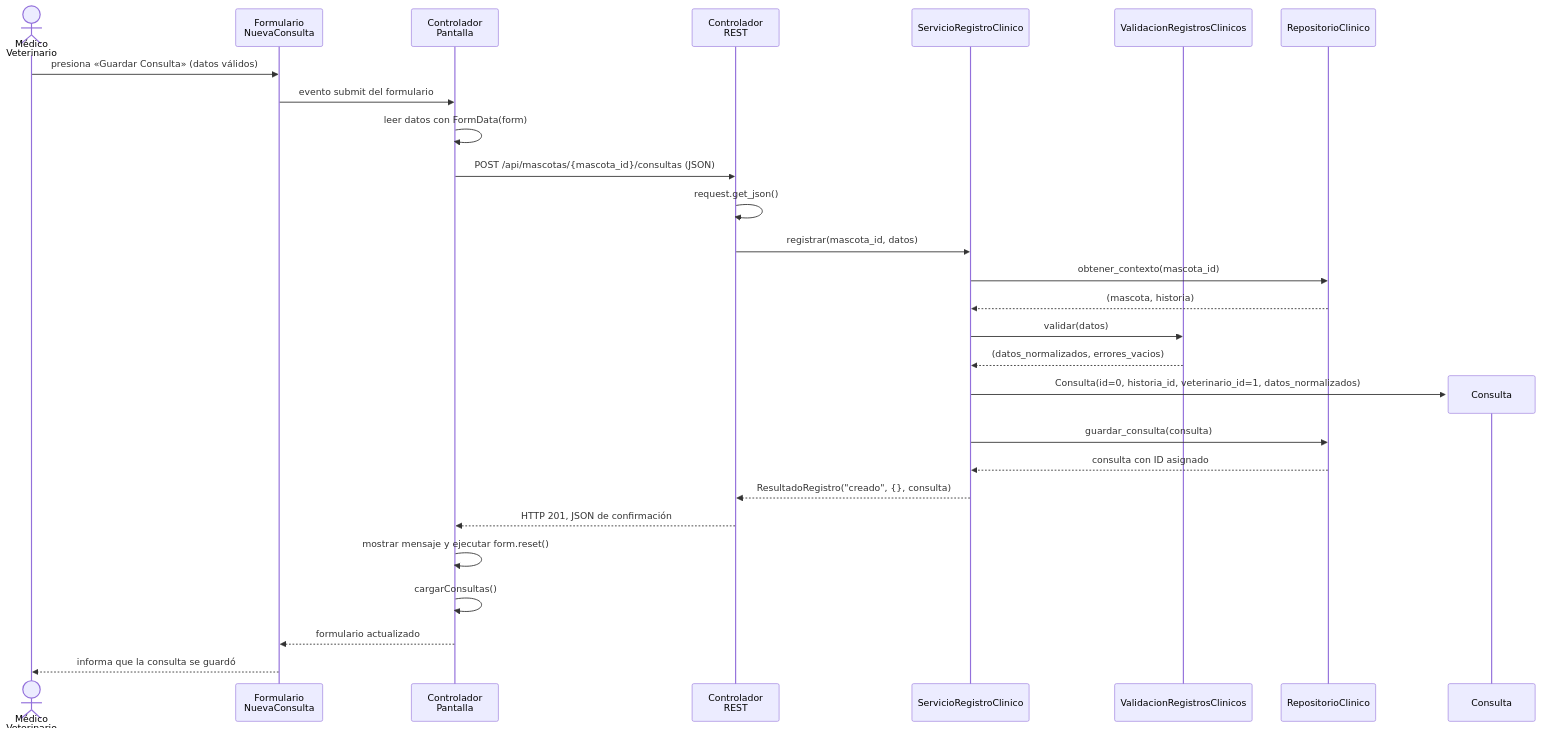
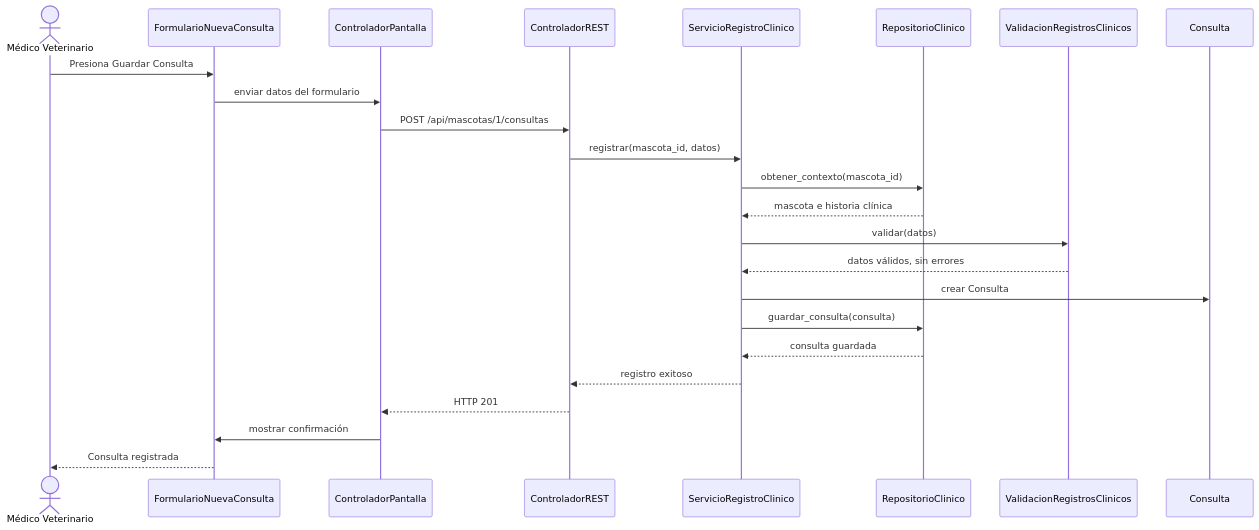
Before and after one commit to DinoMondino/sistema-gestion-veterinaria-2026: the second of 4 diagrams in docs/design/diseno-detallado.md, drawn with Mermaid. The commit also changed other lines of this file, not shown here.

Commit message:
docs (design): modifico diagramas de secuencia

````diff
--- a/docs/design/diseno-detallado.md
+++ b/docs/design/diseno-detallado.md
@@ -160,31 +160,32 @@
 ```mermaid
 sequenceDiagram
-    actor Vet as Médico<br/>Veterinario
-    participant UI as Formulario<br/>NuevaConsulta
-    participant CP as Controlador<br/>Pantalla
-    participant REST as Controlador<br/>REST
+    actor Vet as Médico Veterinario
+    participant UI as FormularioNuevaConsulta
+    participant CP as ControladorPantalla
+    participant REST as ControladorREST
     participant SRC as ServicioRegistroClinico
+    participant RC as RepositorioClinico
     participant VAL as ValidacionRegistrosClinicos
-    participant RC as RepositorioClinico
+    participant C as Consulta
 
-    Vet->>UI: presiona «Guardar Consulta» (datos válidos)
-    UI->>CP: evento submit del formulario
-    CP->>CP: leer datos con FormData(form)
-    CP->>REST: POST /api/mascotas/{mascota_id}/consultas (JSON)
-    REST->>REST: request.get_json()
+    Vet->>UI: Presiona Guardar Consulta
+    UI->>CP: enviar datos del formulario
+    CP->>REST: POST /api/mascotas/1/consultas
+
     REST->>SRC: registrar(mascota_id, datos)
     SRC->>RC: obtener_contexto(mascota_id)
-    RC-->>SRC: (mascota, historia)
+    RC-->>SRC: mascota e historia clínica
+
     SRC->>VAL: validar(datos)
-    VAL-->>SRC: (datos_normalizados, errores_vacios)
-    create participant C as Consulta
-    SRC->>C: Consulta(id=0, historia_id, veterinario_id=1, datos_normalizados)
+    VAL-->>SRC: datos válidos, sin errores
+
+    SRC->>C: crear Consulta
     SRC->>RC: guardar_consulta(consulta)
-    RC-->>SRC: consulta con ID asignado
-    SRC-->>REST: ResultadoRegistro("creado", {}, consulta)
-    REST-->>CP: HTTP 201, JSON de confirmación
-    CP->>CP: mostrar mensaje y ejecutar form.reset()
-    CP->>CP: cargarConsultas()
-    CP-->>UI: formulario actualizado
-    UI-->>Vet: informa que la consulta se guardó
+    RC-->>SRC: consulta guardada
+
+    SRC-->>REST: registro exitoso
+    REST-->>CP: HTTP 201
+    CP->>UI: mostrar confirmación
+    UI-->>Vet: Consulta registrada
+
 ```
````
